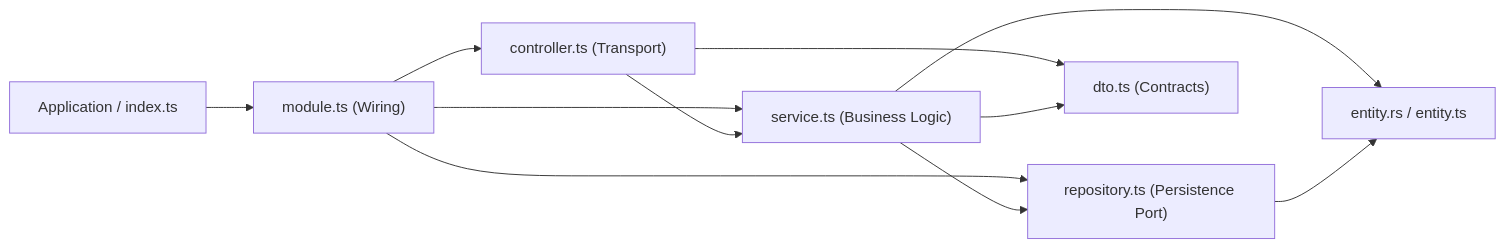
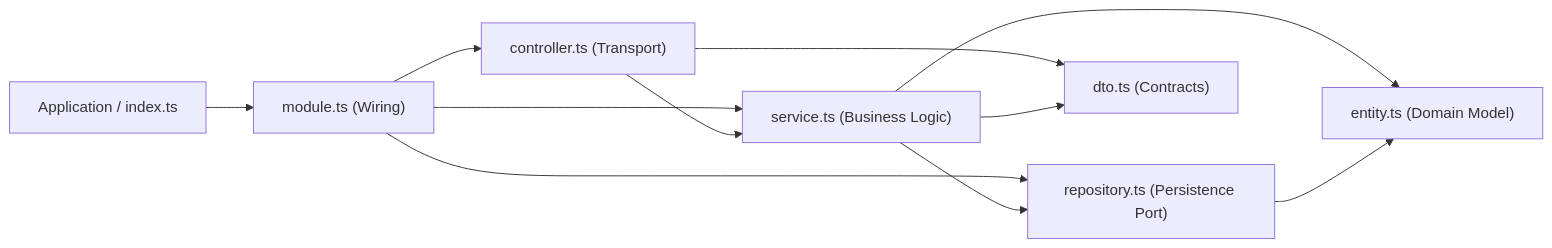
Before and after one commit to natuleadan/template-ts: the diagram in ARCHITECTURE.md, drawn with Mermaid. The commit also changed other lines of this file and 20 other files, not shown here.

````diff
--- a/ARCHITECTURE.md
+++ b/ARCHITECTURE.md
@@ -7,13 +7,13 @@
 ```mermaid
 flowchart LR
     App["Application / index.ts"] --> Module["module.ts (Wiring)"]
     Module --> Controller["controller.ts (Transport)"]
     Module --> Service["service.ts (Business Logic)"]
     Module --> Repository["repository.ts (Persistence Port)"]
     Controller --> Service
     Controller --> DTO["dto.ts (Contracts)"]
     Service --> DTO
-    Service --> Entity["entity.rs / entity.ts"]
+    Service --> Entity["entity.ts (Domain Model)"]
     Service --> Repository
     Repository --> Entity
 ```
````
